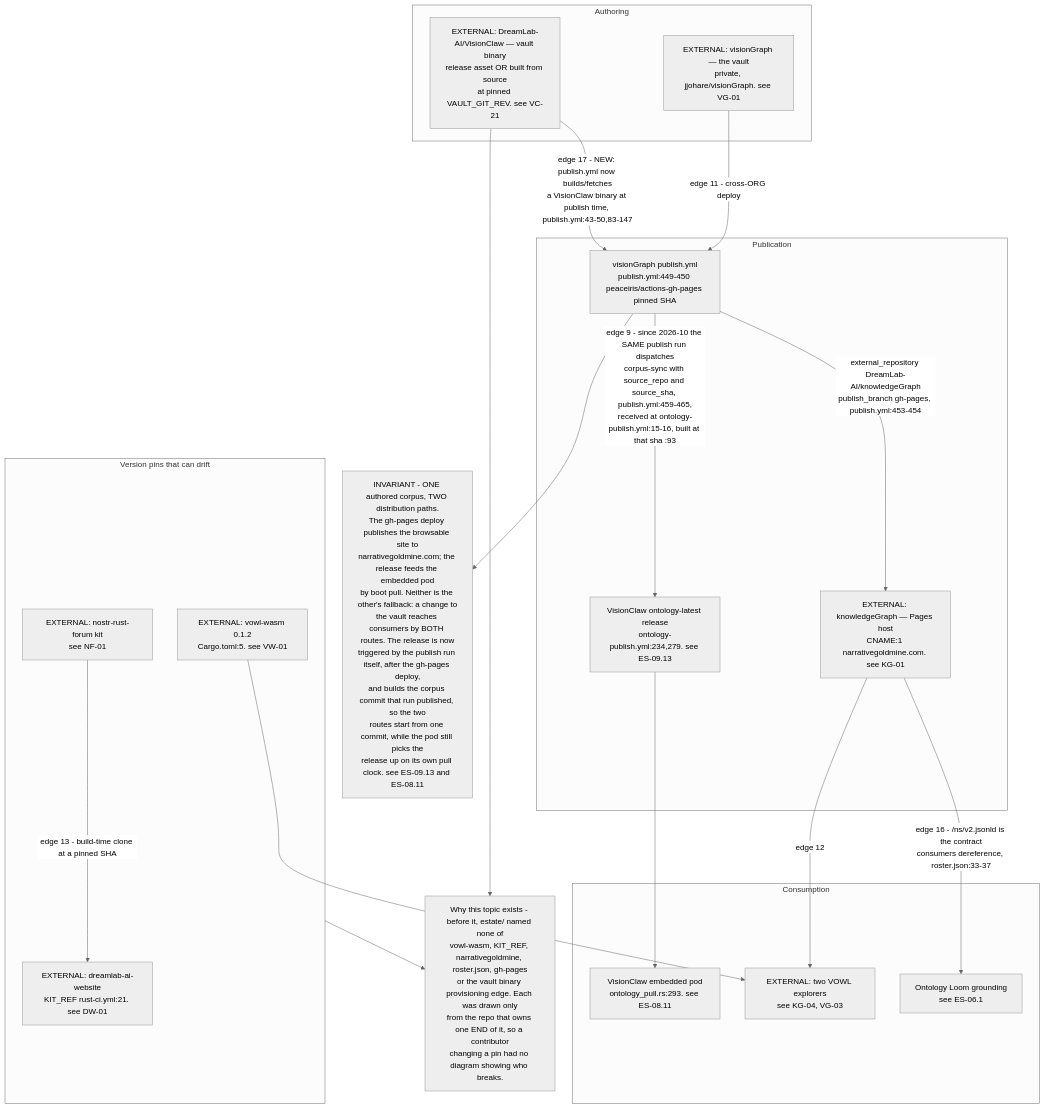
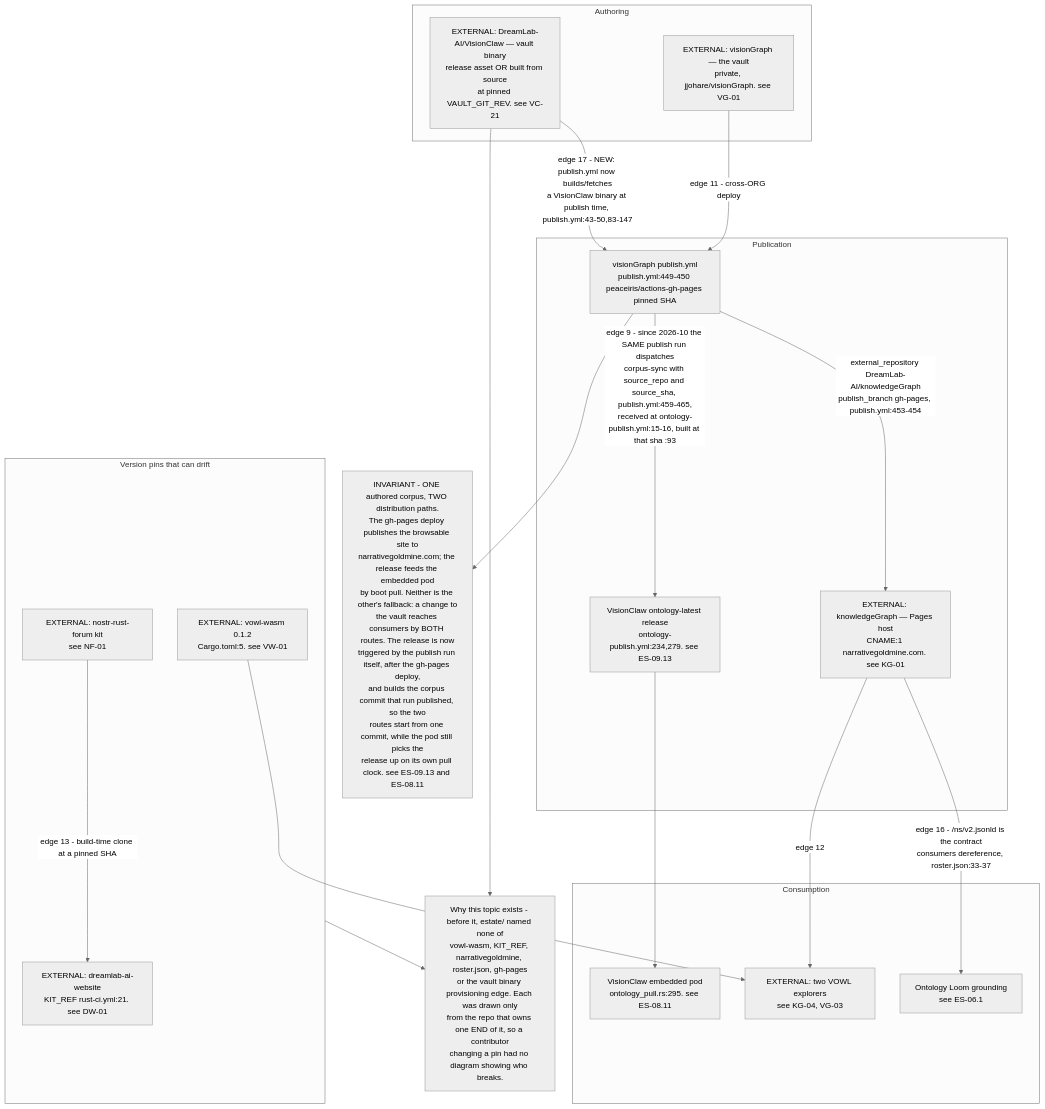
The first of 5 diagrams in docs/diagrams/estate/11-publishing-axis.md (DreamLab-AI/VisionFlow), drawn with Mermaid (neutral theme) before and after one commit. The commit also changed other lines of this file and 111 other files, not shown here.

Commit message:
docs(diagrams): align estate maps with current source

````diff
--- a/docs/diagrams/estate/11-publishing-axis.md
+++ b/docs/diagrams/estate/11-publishing-axis.md
@@ -25,39 +25,39 @@
 ```mermaid
 flowchart TB
     subgraph AUTHOR["Authoring"]
         VG["EXTERNAL: visionGraph — the vault<br/>private, jjohare/visionGraph. see VG-01"]
         VC["EXTERNAL: DreamLab-AI/VisionClaw — vault binary<br/>release asset OR built from source<br/>at pinned VAULT_GIT_REV. see VC-21"]
     end
     subgraph PUB["Publication"]
         PUBYML["visionGraph publish.yml<br/>publish.yml:449-450 peaceiris/actions-gh-pages pinned SHA"]
         KG["EXTERNAL: knowledgeGraph — Pages host<br/>CNAME:1 narrativegoldmine.com. see KG-01"]
         REL["VisionClaw ontology-latest release<br/>ontology-publish.yml:234,279. see ES-09.13"]
     end
     subgraph CONSUME["Consumption"]
-        POD["VisionClaw embedded pod<br/>ontology_pull.rs:293. see ES-08.11"]
+        POD["VisionClaw embedded pod<br/>ontology_pull.rs:295. see ES-08.11"]
         EXPL["EXTERNAL: two VOWL explorers<br/>see KG-04, VG-03"]
         LOOM["Ontology Loom grounding<br/>see ES-06.1"]
     end
     subgraph PINS["Version pins that can drift"]
         VW["EXTERNAL: vowl-wasm 0.1.2<br/>Cargo.toml:5. see VW-01"]
         NF["EXTERNAL: nostr-rust-forum kit<br/>see NF-01"]
         DW["EXTERNAL: dreamlab-ai-website<br/>KIT_REF rust-ci.yml:21. see DW-01"]
     end
 
     VC -->|"edge 17 - NEW: publish.yml now builds/fetches<br/>a VisionClaw binary at publish time, publish.yml:43-50,83-147"| PUBYML
     VG -->|"edge 11 - cross-ORG deploy"| PUBYML
     PUBYML -->|"external_repository DreamLab-AI/knowledgeGraph<br/>publish_branch gh-pages, publish.yml:453-454"| KG
     PUBYML -->|"edge 9 - since 2026-10 the SAME publish run dispatches<br/>corpus-sync with source_repo and source_sha, publish.yml:459-465,<br/>received at ontology-publish.yml:15-16, built at that sha :93"| REL
     REL --> POD
     KG -->|"edge 16 - /ns/v2.jsonld is the contract<br/>consumers dereference, roster.json:33-37"| LOOM
     KG -->|"edge 12"| EXPL
     VW --> EXPL
     NF -->|"edge 13 - build-time clone at a pinned SHA"| DW
 
     INV["INVARIANT - ONE authored corpus, TWO distribution paths.<br/>The gh-pages deploy publishes the browsable site to<br/>narrativegoldmine.com; the release feeds the embedded pod<br/>by boot pull. Neither is the other's fallback: a change to<br/>the vault reaches consumers by BOTH routes. The release is now<br/>triggered by the publish run itself, after the gh-pages deploy,<br/>and builds the corpus commit that run published, so the two<br/>routes start from one commit, while the pod still picks the<br/>release up on its own pull clock. see ES-09.13 and ES-08.11"]
     GAP["Why this topic exists - before it, estate/ named none of<br/>vowl-wasm, KIT_REF, narrativegoldmine, roster.json, gh-pages<br/>or the vault binary provisioning edge. Each was drawn only<br/>from the repo that owns one END of it, so a contributor<br/>changing a pin had no diagram showing who breaks."]
 
     PUBYML --> INV
     PINS --> GAP
     VC --> GAP
 ```
````
